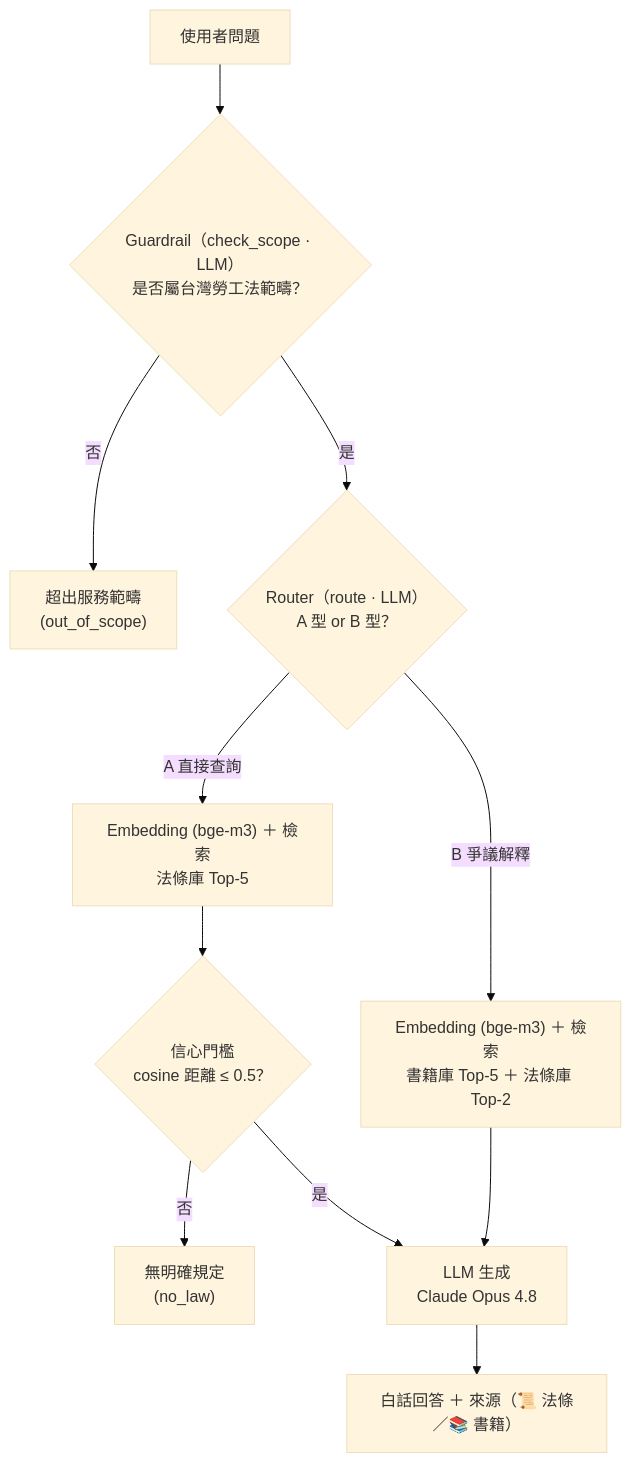
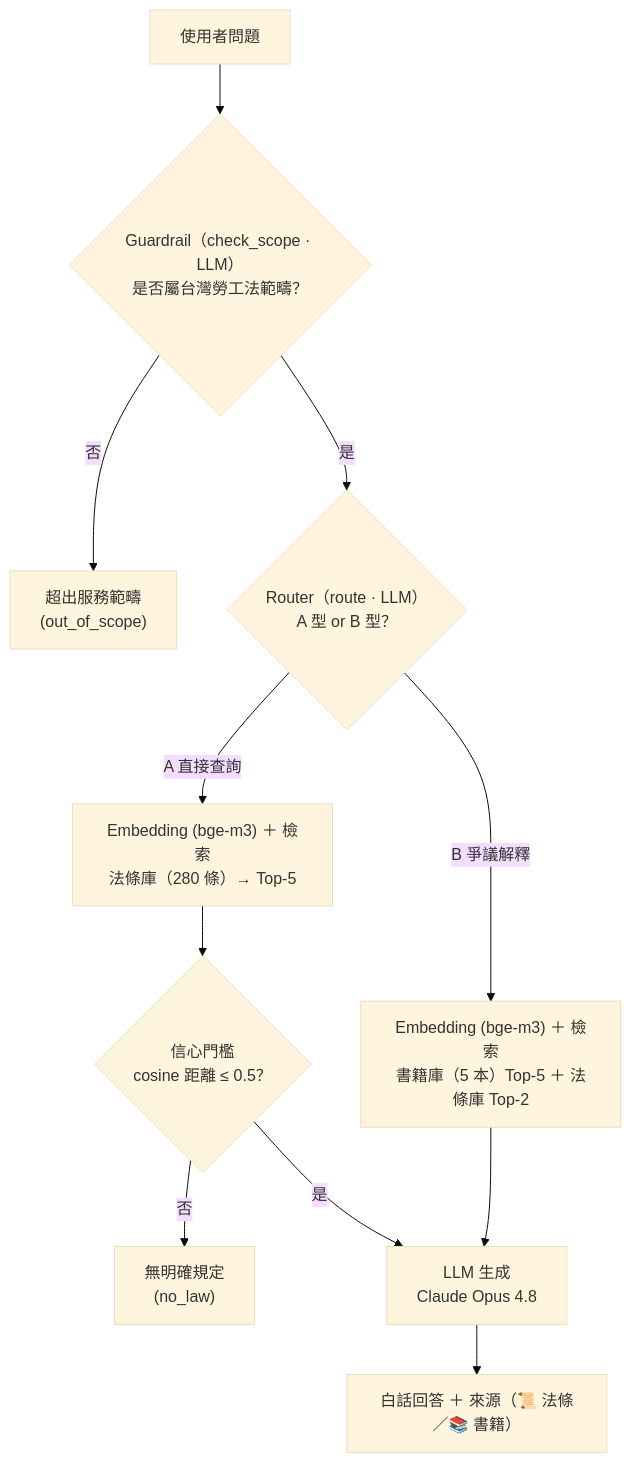
One commit to Chenche0119/hr-labor-law-rag changed the first of 2 diagrams in README.md. Above: the diagram before and after it, drawn with Mermaid (base theme). The commit also changed other lines of this file, not shown here.

Commit message:
Annotate flow diagrams with corpus sizes (280 條、5 本)

````diff
--- a/README.md
+++ b/README.md
@@ -67,13 +67,13 @@
 ```mermaid
 flowchart TD
     Q["使用者問題"] --> G{"Guardrail（check_scope · LLM）<br/>是否屬台灣勞工法範疇？"}
     G -->|否| OOS["超出服務範疇<br/>(out_of_scope)"]
     G -->|是| R{"Router（route · LLM）<br/>A 型 or B 型？"}
-    R -->|"A 直接查詢"| EA["Embedding (bge-m3) ＋ 檢索<br/>法條庫 Top-5"]
-    R -->|"B 爭議解釋"| EB["Embedding (bge-m3) ＋ 檢索<br/>書籍庫 Top-5 ＋ 法條庫 Top-2"]
+    R -->|"A 直接查詢"| EA["Embedding (bge-m3) ＋ 檢索<br/>法條庫（280 條）→ Top-5"]
+    R -->|"B 爭議解釋"| EB["Embedding (bge-m3) ＋ 檢索<br/>書籍庫（5 本）Top-5 ＋ 法條庫 Top-2"]
     EA --> C{"信心門檻<br/>cosine 距離 ≤ 0.5？"}
     C -->|否| NL["無明確規定<br/>(no_law)"]
     C -->|是| GEN["LLM 生成<br/>Claude Opus 4.8"]
     EB --> GEN
     GEN --> ANS["白話回答 ＋ 來源（📜 法條／📚 書籍）"]
 ```
````
